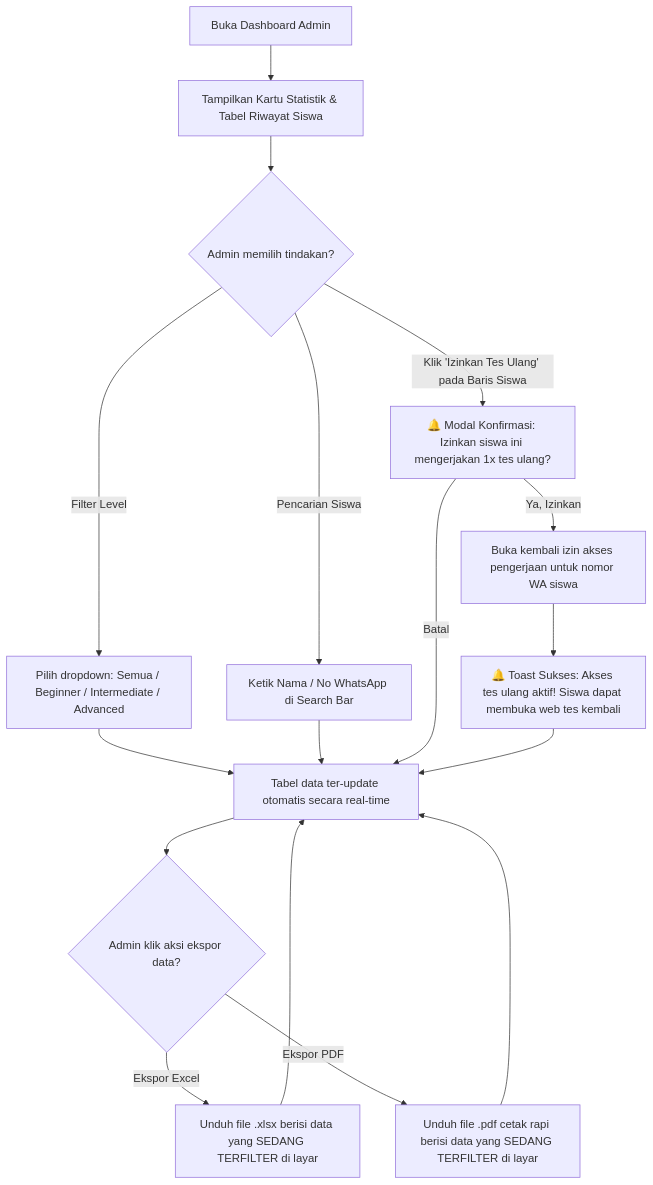
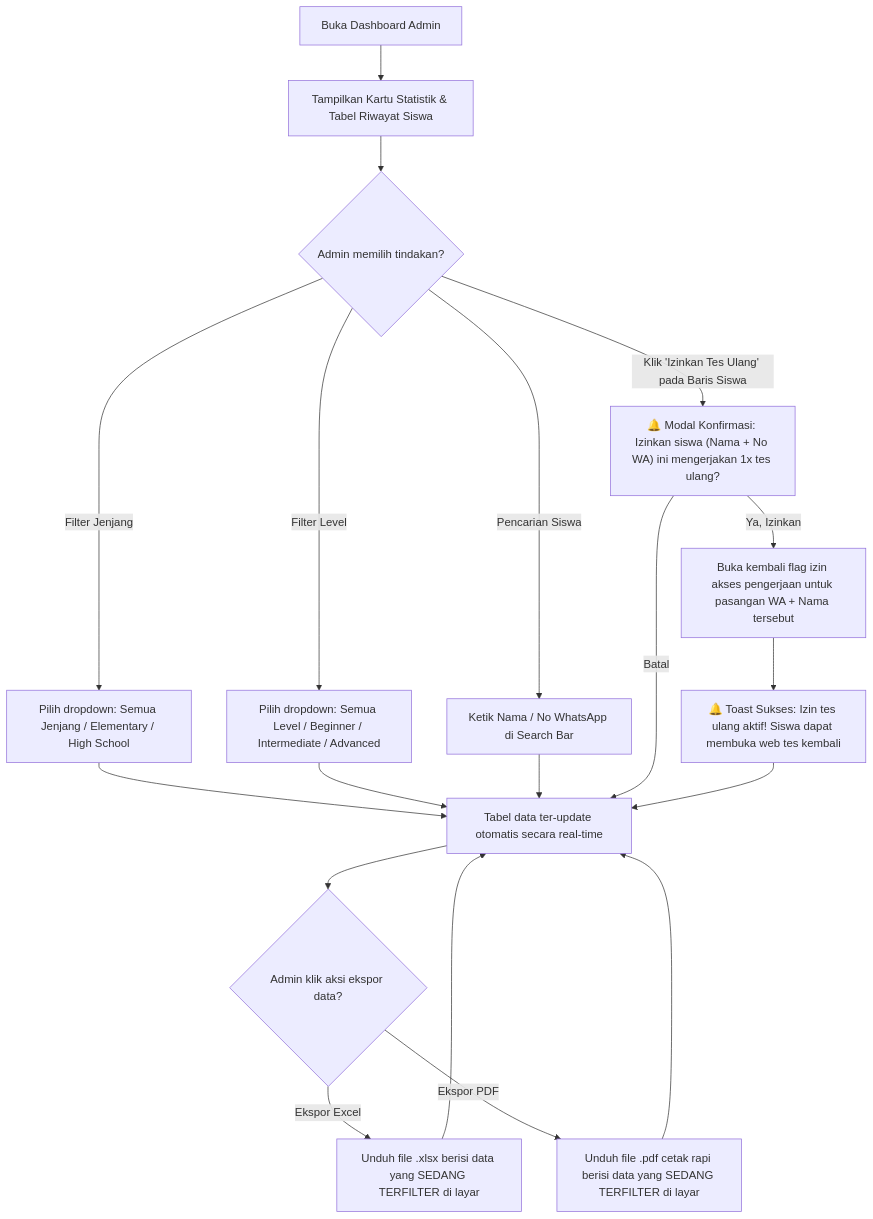
The fifth of 8 diagrams in UI_FLOW.md (septianof/up-speaking), drawn with Mermaid before and after one commit. The commit also changed other lines of this file and 3 other files, not shown here.

Commit message:
docs(specs): perbarui prd, ui-flow, task-breakdown, dan product.md untuk kebutuhan jenjang dan matrix level

````diff
--- a/UI_FLOW.md
+++ b/UI_FLOW.md
@@ -236,26 +246,29 @@
 ```mermaid
 flowchart TD
     A[Buka Dashboard Admin] --> B[Tampilkan Kartu Statistik & Tabel Riwayat Siswa]
 
     B --> C{Admin memilih tindakan?}
 
-    C -- Filter Level --> D[Pilih dropdown: Semua / Beginner / Intermediate / Advanced]
-    D --> E[Tabel data ter-update otomatis secara real-time]
+    C -- Filter Jenjang --> D1[Pilih dropdown: Semua Jenjang / Elementary / High School]
+    D1 --> E[Tabel data ter-update otomatis secara real-time]
+
+    C -- Filter Level --> D2[Pilih dropdown: Semua Level / Beginner / Intermediate / Advanced]
+    D2 --> E
 
     C -- Pencarian Siswa --> F[Ketik Nama / No WhatsApp di Search Bar]
     F --> E
 
-    C -- Klik 'Izinkan Tes Ulang' pada Baris Siswa --> J[🔔 Modal Konfirmasi: Izinkan siswa ini mengerjakan 1x tes ulang?]
+    C -- Klik 'Izinkan Tes Ulang' pada Baris Siswa --> J["🔔 Modal Konfirmasi: Izinkan siswa (Nama + No WA) ini mengerjakan 1x tes ulang?"]
     J -- Batal --> E
-    J -- Ya, Izinkan --> K[Buka kembali izin akses pengerjaan untuk nomor WA siswa]
-    K --> L[🔔 Toast Sukses: Akses tes ulang aktif! Siswa dapat membuka web tes kembali]
+    J -- Ya, Izinkan --> K[Buka kembali flag izin akses pengerjaan untuk pasangan WA + Nama tersebut]
+    K --> L[🔔 Toast Sukses: Izin tes ulang aktif! Siswa dapat membuka web tes kembali]
     L --> E
 
     E --> G{Admin klik aksi ekspor data?}
 
     G -- Ekspor Excel --> H[Unduh file .xlsx berisi data yang SEDANG TERFILTER di layar]
     H --> E
 
     G -- Ekspor PDF --> I[Unduh file .pdf cetak rapi berisi data yang SEDANG TERFILTER di layar]
     I --> E
 ```
````
